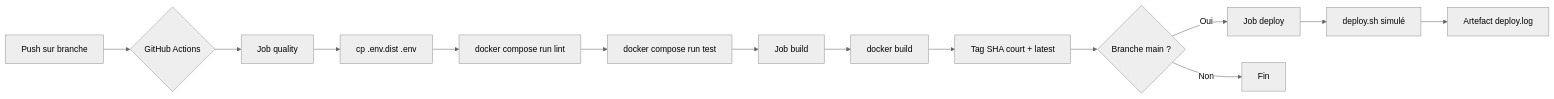
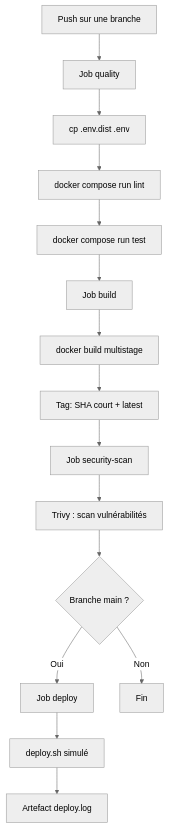
One commit to Yair06/EC06_Yair-Cohen changed the diagram in README.md. Above: the diagram before and after it, drawn with Mermaid (neutral theme). The commit also changed other lines of this file, not shown here.

````diff
--- a/README.md
+++ b/README.md
@@ -59,16 +75,17 @@
 ```mermaid
-flowchart LR
-    A[Push sur branche] --> B{GitHub Actions}
-    B --> C[Job quality]
-    C --> C1[cp .env.dist .env]
-    C1 --> C2[docker compose run lint]
-    C2 --> C3[docker compose run test]
-    C3 --> D[Job build]
-    D --> D1[docker build]
-    D1 --> D2[Tag SHA court + latest]
-    D2 --> E{Branche main ?}
+flowchart TD
+    A[Push sur une branche] --> B[Job quality]
+    B --> B1[cp .env.dist .env]
+    B1 --> B2[docker compose run lint]
+    B2 --> B3[docker compose run test]
+    B3 --> C[Job build]
+    C --> C1[docker build multistage]
+    C1 --> C2[Tag: SHA court + latest]
+    C2 --> D[Job security-scan]
+    D --> D1[Trivy : scan vulnérabilités]
+    D1 --> E{Branche main ?}
     E -->|Oui| F[Job deploy]
     E -->|Non| G[Fin]
     F --> F1[deploy.sh simulé]
     F1 --> F2[Artefact deploy.log]
 ```
````
